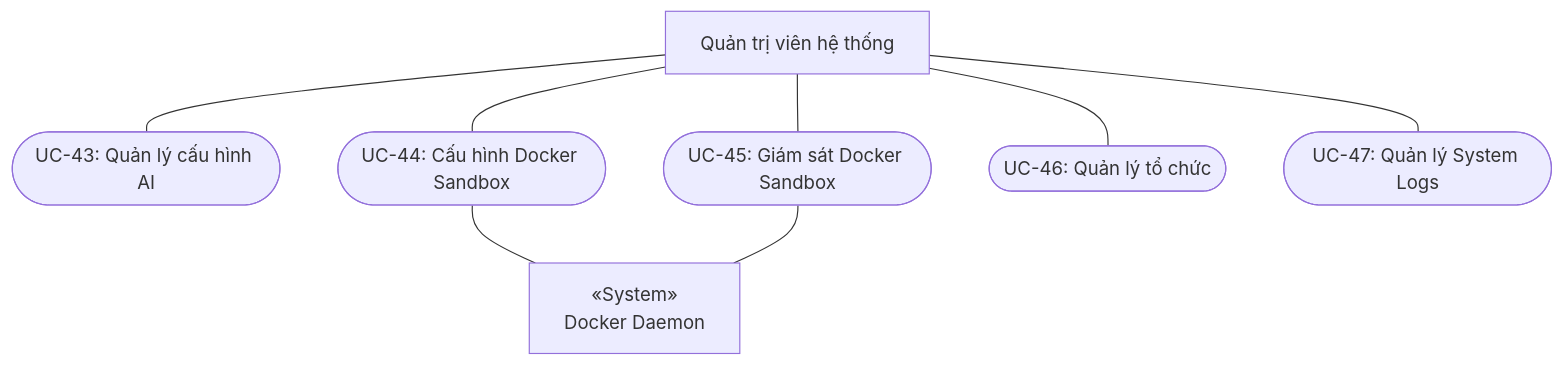
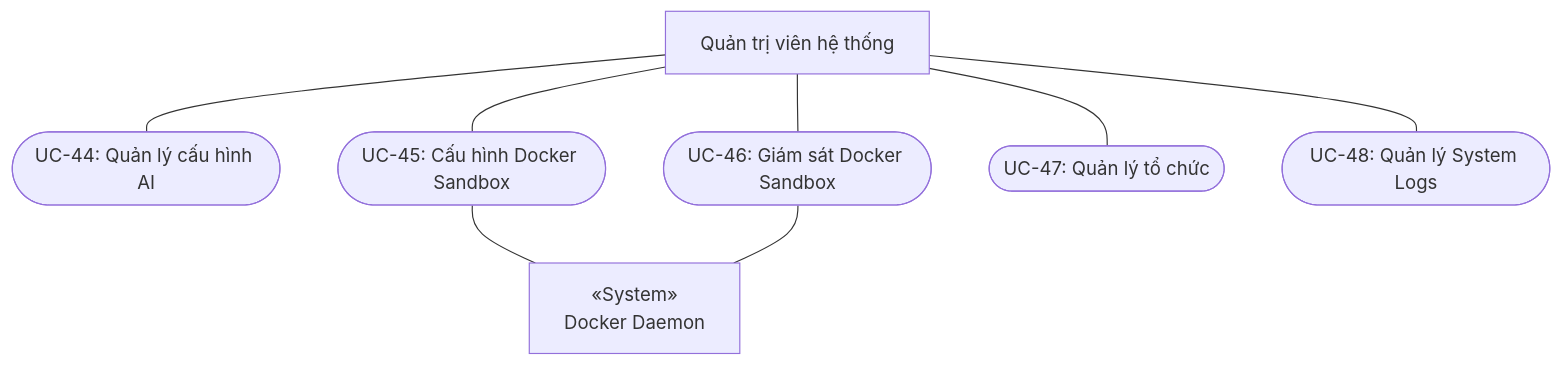
One commit to minhthuy70/ai-coding-tutor changed the sixth of 7 diagrams in docs/USE_CASE_DIAGRAMS.md. Above: the diagram before and after it, drawn with Mermaid. The commit also changed other lines of this file and 3 other files, not shown here.

````diff
--- a/docs/USE_CASE_DIAGRAMS.md
+++ b/docs/USE_CASE_DIAGRAMS.md
@@ -213,23 +200,23 @@
 ```mermaid
 flowchart TB
     %% Actors
     SuperAdmin["Quản trị viên hệ thống"]
     DockerDaemon["«System»\nDocker Daemon"]
 
     %% Use Cases
-    UC43(["UC-43: Quản lý cấu hình AI"])
-    UC44(["UC-44: Cấu hình Docker Sandbox"])
-    UC45(["UC-45: Giám sát Docker Sandbox"])
-    UC46(["UC-46: Quản lý tổ chức"])
-    UC47(["UC-47: Quản lý System Logs"])
+    UC44(["UC-44: Quản lý cấu hình AI"])
+    UC45(["UC-45: Cấu hình Docker Sandbox"])
+    UC46(["UC-46: Giám sát Docker Sandbox"])
+    UC47(["UC-47: Quản lý tổ chức"])
+    UC48(["UC-48: Quản lý System Logs"])
 
     %% Associations
-    SuperAdmin --- UC43
     SuperAdmin --- UC44
     SuperAdmin --- UC45
     SuperAdmin --- UC46
     SuperAdmin --- UC47
+    SuperAdmin --- UC48
 
-    UC44 --- DockerDaemon
     UC45 --- DockerDaemon
+    UC46 --- DockerDaemon
 ```
````
